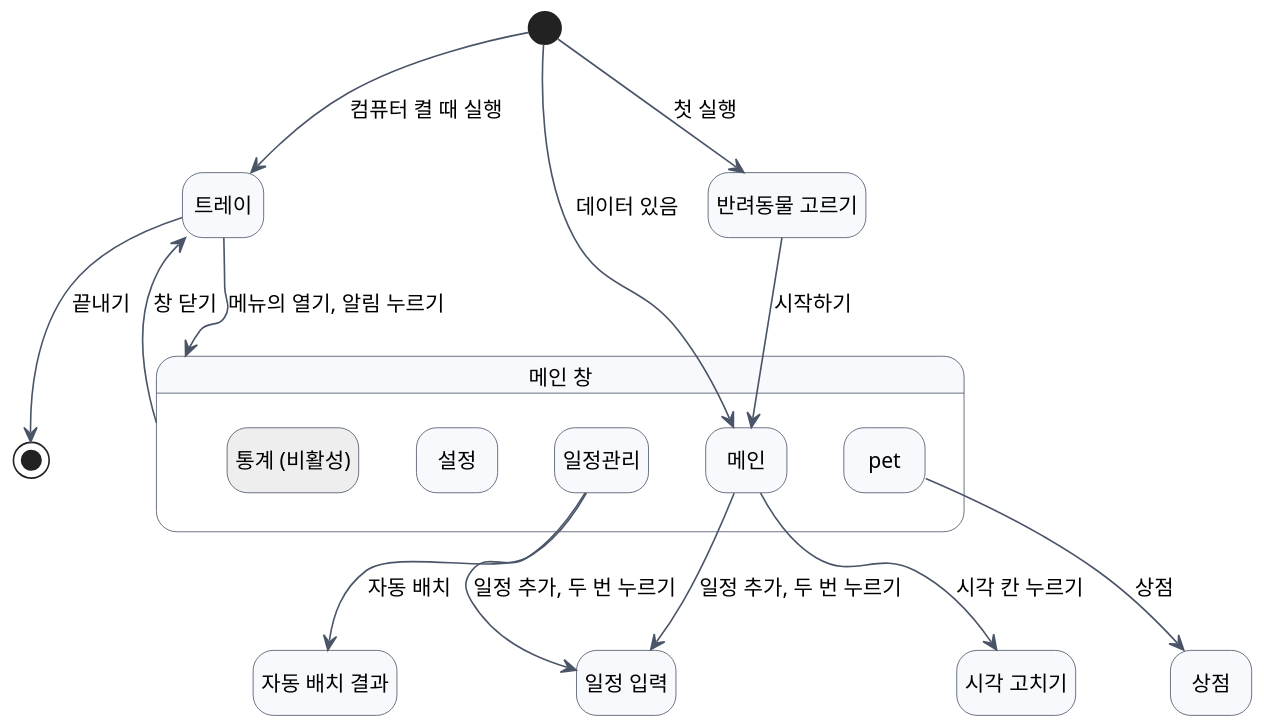
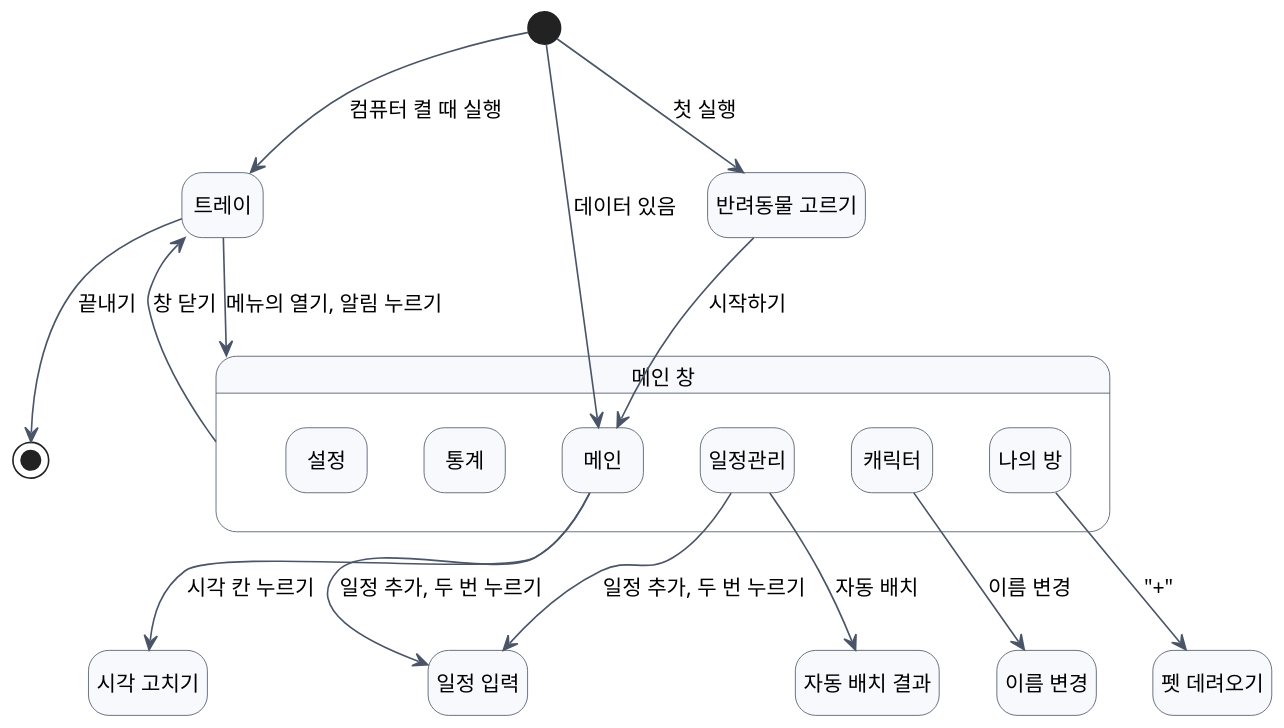
One commit to 2026-2-software-system-design-11/planning-pet-app changed the diagram in docs/diagrams/ui-flow.puml. Above: the diagram before and after it, drawn with PlantUML. The commit also changed 9 other files, not shown here.

```diff
--- a/docs/diagrams/ui-flow.puml
+++ b/docs/diagrams/ui-flow.puml
@@ -1,39 +1,42 @@
 @startuml ui-flow
 skinparam defaultFontName "Apple SD Gothic Neo"
 skinparam defaultFontSize 13
 skinparam dpi 130
 skinparam shadowing false
 skinparam ArrowColor #4A5568
 skinparam state {
   BackgroundColor #F7F9FC
   BorderColor #4A5568
 }
 hide empty description
 
 state "반려동물 고르기" as Pick
 state "트레이" as Tray
 state "메인 창" as Win {
   state "메인" as Main
   state "일정관리" as Sched
-  state "pet" as Pet
+  state "캐릭터" as Char
+  state "나의 방" as Room
+  state "통계" as Stat
   state "설정" as Set
-  state "통계 (비활성)" as Stat #EEEEEE
 }
 state "일정 입력" as Form
 state "자동 배치 결과" as Place
-state "상점" as Shop
+state "펫 데려오기" as Adopt
+state "이름 변경" as Rename
 state "시각 고치기" as Time
 
 [*] --> Pick : 첫 실행
 [*] --> Main : 데이터 있음
 [*] --> Tray : 컴퓨터 켤 때 실행
 Pick --> Main : 시작하기
 Main --> Form : 일정 추가, 두 번 누르기
 Main --> Time : 시각 칸 누르기
 Sched --> Form : 일정 추가, 두 번 누르기
 Sched --> Place : 자동 배치
-Pet --> Shop : 상점
+Room --> Adopt : "+"
+Char --> Rename : 이름 변경
 Win --> Tray : 창 닫기
 Tray --> Win : 메뉴의 열기, 알림 누르기
 Tray --> [*] : 끝내기
 @enduml
```
